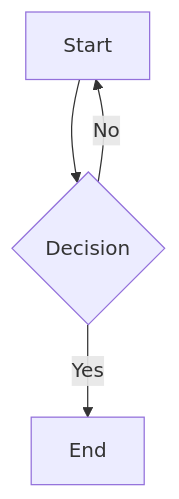
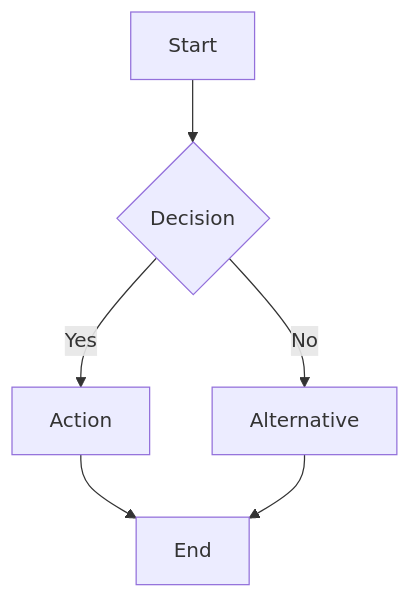
The first of 2 diagrams in extension/test-fixtures/gloss-test-fixture.md (michaelcraiggroup/gloss), drawn with Mermaid before and after one commit. The commit also changed other lines of this file and 3 other files, not shown here.

````diff
--- a/extension/test-fixtures/gloss-test-fixture.md
+++ b/extension/test-fixtures/gloss-test-fixture.md
@@ -56,6 +254,8 @@
 ```mermaid
 graph TD
     A[Start] --> B{Decision}
-    B -->|Yes| C[End]
-    B -->|No| A
+    B -->|Yes| C[Action]
+    C --> D[End]
+    B -->|No| E[Alternative]
+    E --> D
 ```
````
